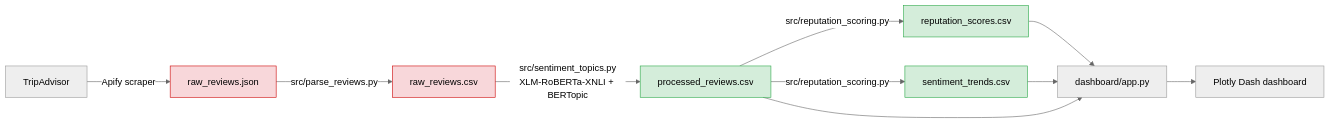
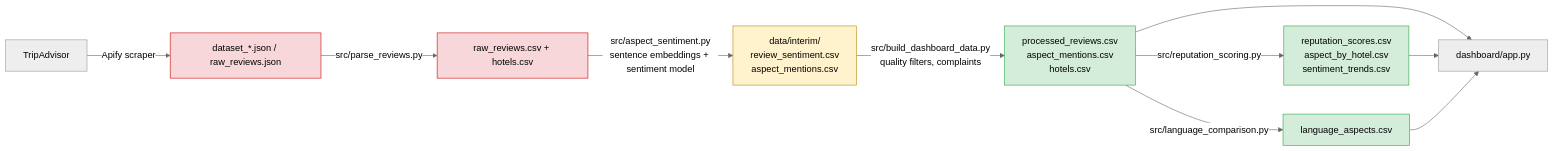
The diagram in docs/DATA_SCHEMA.md (brianravelo28/tourism-hotel-sentiment), drawn with Mermaid (neutral theme) before and after one commit. The commit also changed other lines of this file and 21 other files, not shown here.

````diff
--- a/docs/DATA_SCHEMA.md
+++ b/docs/DATA_SCHEMA.md
@@ -5,18 +5,19 @@
 ```mermaid
 flowchart LR
-    A[TripAdvisor] -->|Apify scraper| B[raw_reviews.json]
-    B -->|src/parse_reviews.py| C[raw_reviews.csv]
-    C -->|src/sentiment_topics.py<br/>XLM-RoBERTa-XNLI + BERTopic| D[processed_reviews.csv]
-    D -->|src/reputation_scoring.py| E[reputation_scores.csv]
-    D -->|src/reputation_scoring.py| F[sentiment_trends.csv]
-    E --> G[dashboard/app.py]
-    F --> G
-    D --> G
-    G --> H[Plotly Dash dashboard]
+    A[TripAdvisor] -->|Apify scraper| B[dataset_*.json / raw_reviews.json]
+    B -->|src/parse_reviews.py| C[raw_reviews.csv + hotels.csv]
+    C -->|src/aspect_sentiment.py<br/>sentence embeddings + sentiment model| D[data/interim/<br/>review_sentiment.csv<br/>aspect_mentions.csv]
+    D -->|src/build_dashboard_data.py<br/>quality filters, complaints| E[processed_reviews.csv<br/>aspect_mentions.csv<br/>hotels.csv]
+    E -->|src/reputation_scoring.py| F[reputation_scores.csv<br/>aspect_by_hotel.csv<br/>sentiment_trends.csv]
+    E -->|src/language_comparison.py| G[language_aspects.csv]
+    E --> H[dashboard/app.py]
+    F --> H
+    G --> H
 
     style B fill:#f8d7da,stroke:#c00
     style C fill:#f8d7da,stroke:#c00
-    style D fill:#d4edda,stroke:#28a745
+    style D fill:#fff3cd,stroke:#b8860b
     style E fill:#d4edda,stroke:#28a745
     style F fill:#d4edda,stroke:#28a745
+    style G fill:#d4edda,stroke:#28a745
 ```
````
